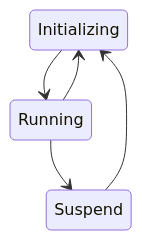
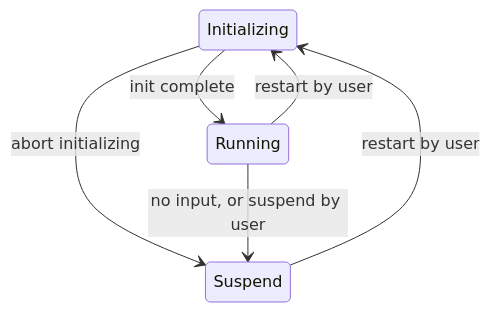
The sixth of 6 diagrams in README.md (rogy-AquaLab/2024_umiusi_nucleo), drawn with Mermaid before and after one commit.

Commit message:
:pencil: Fix state flow

````diff
--- a/README.md
+++ b/README.md
@@ -92,7 +92,8 @@
 ```mermaid
 stateDiagram
-    Initializing --> Running
-    Running --> Suspend
-    Running --> Initializing
-    Suspend --> Initializing
+    Initializing --> Running: init complete
+    Initializing --> Suspend: abort initializing
+    Running --> Suspend: no input, or suspend by user
+    Running --> Initializing: restart by user
+    Suspend --> Initializing: restart by user
 ```
````
